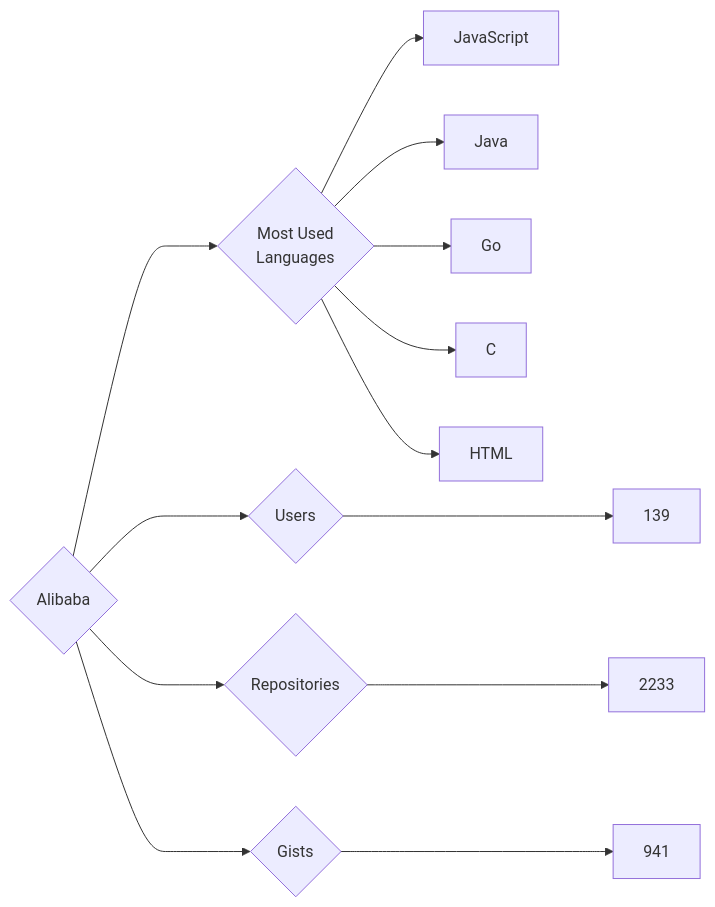
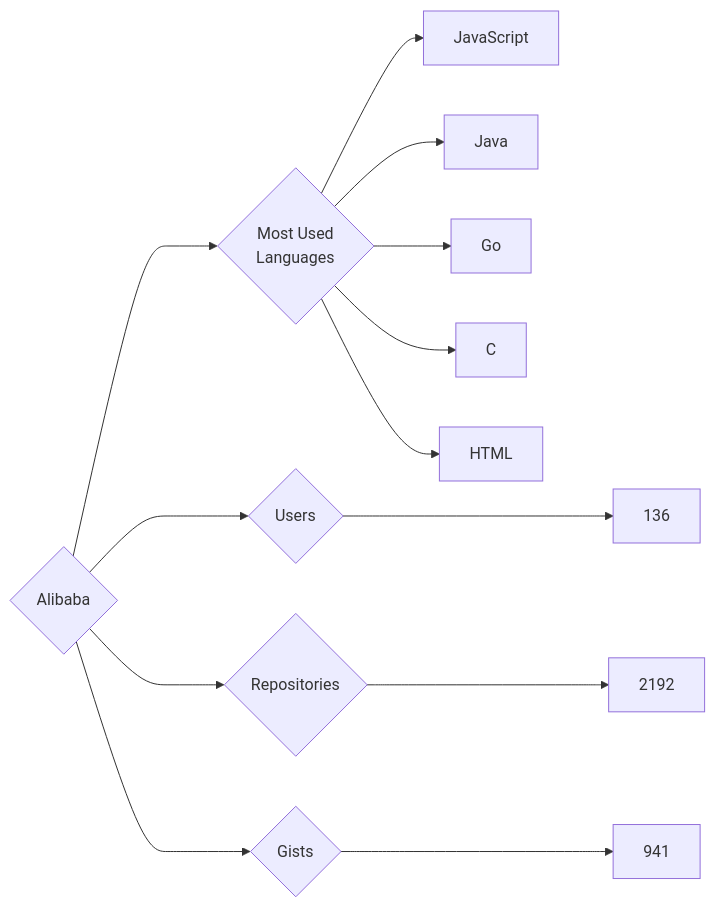
The diagram in targets/Alibaba/README.md (trickest/insiders), drawn with Mermaid before and after one commit. The commit also changed 636 other files, not shown here.

````diff
--- a/targets/Alibaba/README.md
+++ b/targets/Alibaba/README.md
@@ -3,13 +3,13 @@
 ```mermaid
 graph LR
 COMPANY_NAME{Alibaba}
-COMPANY_NAME ---> U{Users} ---> UN[139]
-COMPANY_NAME ---> R{Repositories} ---> RN[2233]
+COMPANY_NAME ---> U{Users} ---> UN[136]
+COMPANY_NAME ---> R{Repositories} ---> RN[2192]
 COMPANY_NAME ---> G{Gists} ---> GN[941]
 COMPANY_NAME ---> ML{Most Used<br>Languages}
 ML --> JavaScript[JavaScript]
 ML --> Java[Java]
 ML --> Go[Go]
 ML --> C[C]
 ML --> HTML[HTML]
 ```
````
